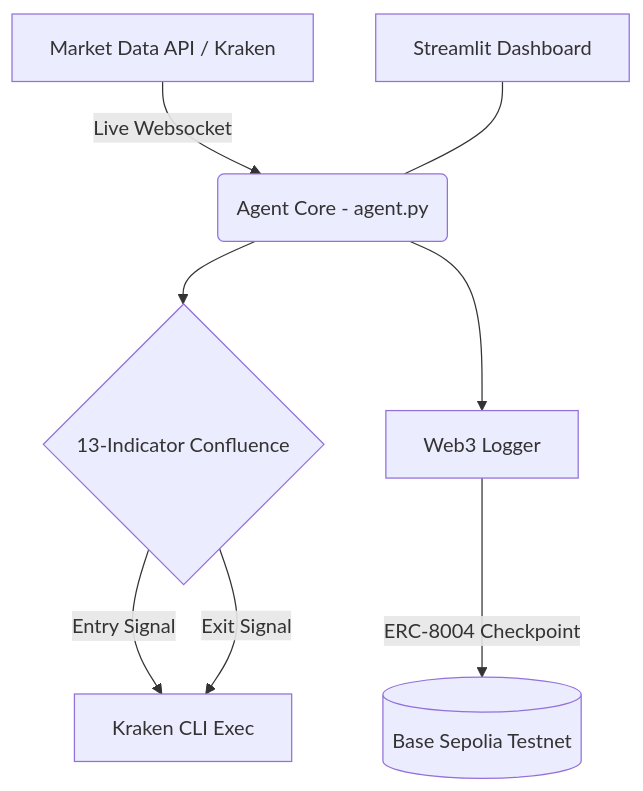
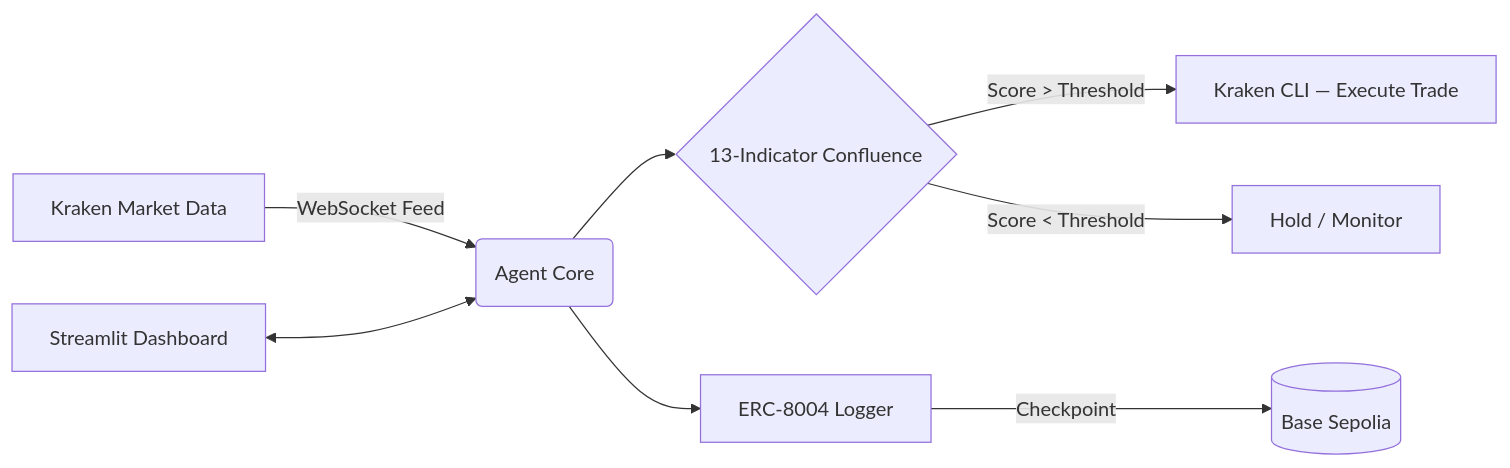
Before and after one commit to shashankrpatil077-ctrl/Street_07: the diagram in README.md, drawn with Mermaid. The commit also changed other lines of this file, not shown here.

Commit message:
docs: Professional redesign — flat-square badges, clean architecture diagram, unicode section markers

````diff
--- a/README.md
+++ b/README.md
@@ -25,10 +32,10 @@
 ```mermaid
-graph TD;
-    A[Market Data API / Kraken] -->|Live Websocket| B(Agent Core - agent.py)
+graph LR
+    A[Kraken Market Data] -->|WebSocket Feed| B(Agent Core)
     B --> C{13-Indicator Confluence}
-    C -->|Entry Signal| D[Kraken CLI Exec]
-    C -->|Exit Signal| D
-    B --> E[Web3 Logger]
-    E -->|ERC-8004 Checkpoint| F[(Base Sepolia Testnet)]
-    G[Streamlit Dashboard] --- B
+    C -->|Score > Threshold| D[Kraken CLI — Execute Trade]
+    C -->|Score < Threshold| E[Hold / Monitor]
+    B --> F[ERC-8004 Logger]
+    F -->|Checkpoint| G[(Base Sepolia)]
+    H[Streamlit Dashboard] <--> B
 ```
````
